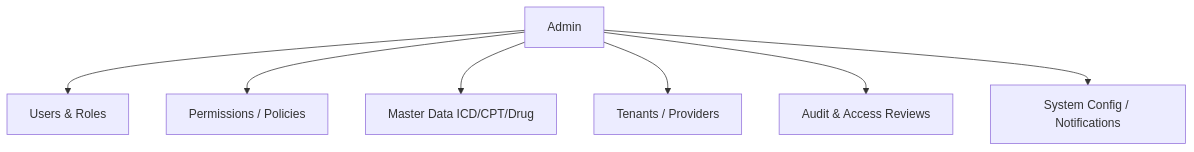
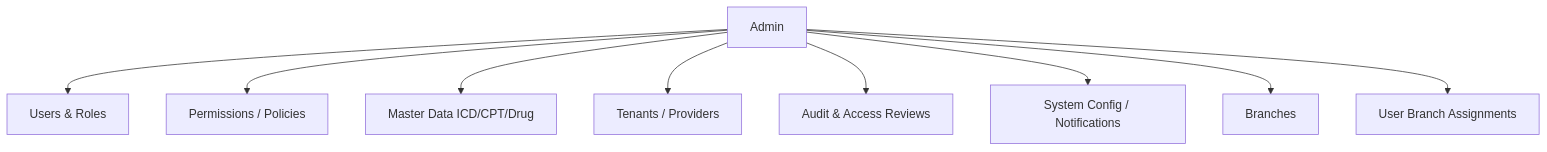
One commit to MohabFikry/HBMP changed the tenth of 12 diagrams in HBMP-Design/14-navigation-structure.md. Above: the diagram before and after it, drawn with Mermaid. The commit also changed other lines of this file and 19 other files, not shown here.

````diff
--- a/HBMP-Design/14-navigation-structure.md
+++ b/HBMP-Design/14-navigation-structure.md
@@ -136,9 +158,11 @@
 ```mermaid
 flowchart TD
     S[Admin] --> S1[Users & Roles]
     S --> S2[Permissions / Policies]
     S --> S3[Master Data ICD/CPT/Drug]
     S --> S4[Tenants / Providers]
     S --> S5[Audit & Access Reviews]
     S --> S6[System Config / Notifications]
+    S --> S7[Branches]
+    S --> S8[User Branch Assignments]
 ```
````
